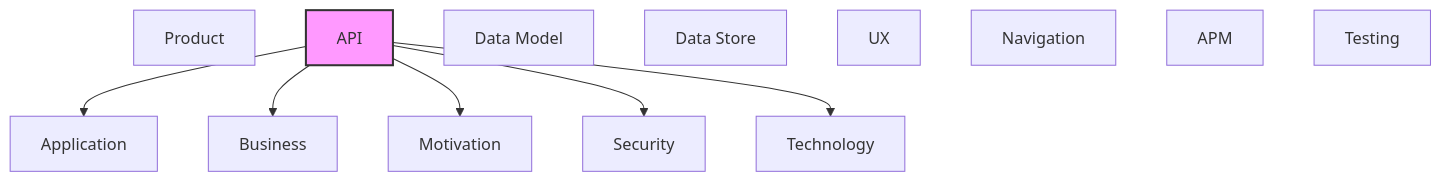
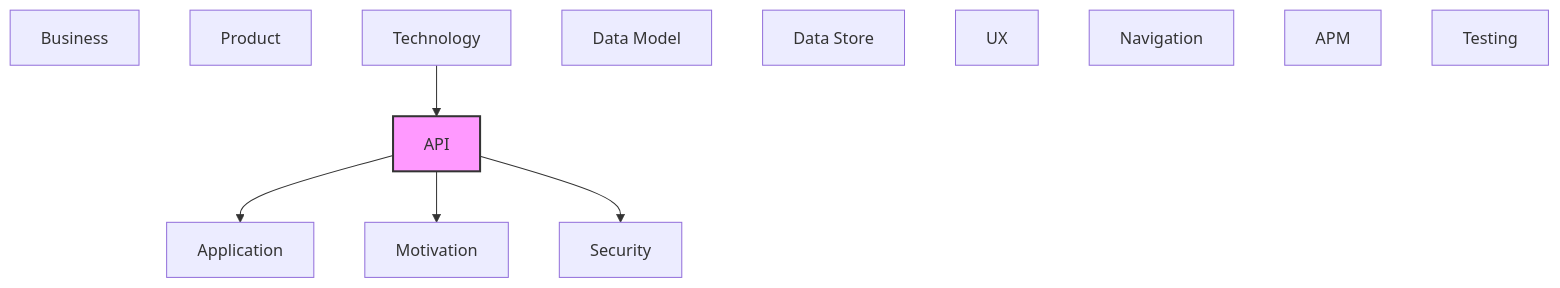
One commit to tinkermonkey/documentation_robotics_viewer changed the diagram in documentation-robotics/reports/07-api-layer-report.md. Above: the diagram before and after it, drawn with Mermaid. The commit also changed other lines of this file and 39 other files, not shown here.

````diff
--- a/documentation-robotics/reports/07-api-layer-report.md
+++ b/documentation-robotics/reports/07-api-layer-report.md
@@ -80,23 +72,22 @@
 ```mermaid
 flowchart TB
   classDef current fill:#f9f,stroke:#333,stroke-width:2px
   motivation["Motivation"]
   business["Business"]
   product["Product"]
   security["Security"]
   application["Application"]
   technology["Technology"]
   api["API"]
   data_model["Data Model"]
   data_store["Data Store"]
   ux["UX"]
   navigation["Navigation"]
   apm["APM"]
   testing["Testing"]
   api --> application
-  api --> business
   api --> motivation
   api --> security
-  api --> technology
+  technology --> api
   class api current
 ```
````
